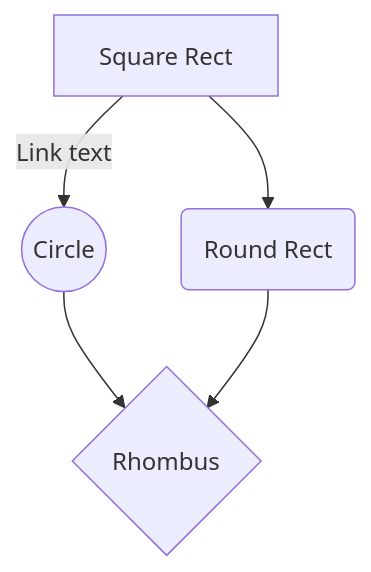
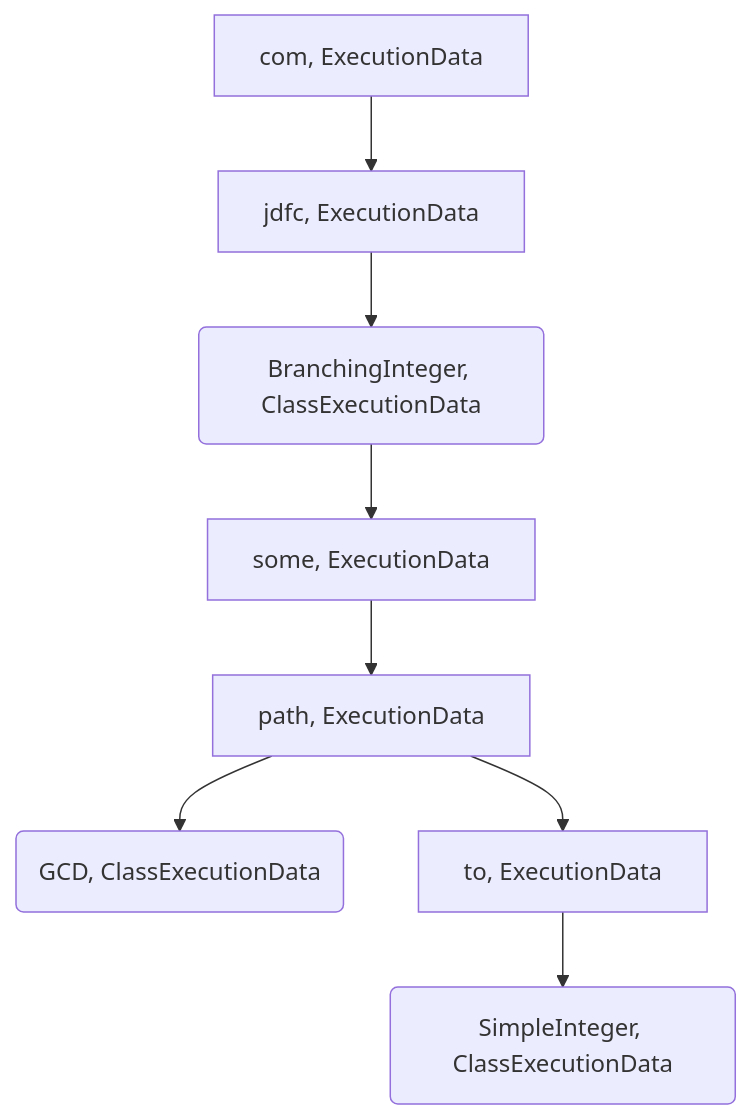
The diagram in README.md (blochmat/jdfc), drawn with Mermaid before and after one commit. The commit also changed other lines of this file, not shown here.

Commit message:
Readme test

````diff
--- a/README.md
+++ b/README.md
@@ -5,7 +13,10 @@
 ```mermaid
 graph TD
-A[Square Rect] -- Link text --> B((Circle))
-A --> C(Round Rect)
-B --> D{Rhombus}
-C --> D
+A["com", ExecutionData] --> B["jdfc", ExecutionData]
+B --> C("BranchingInteger", ClassExecutionData)
+C --> D["some", ExecutionData]
+D --> E["path", ExecutionData]
+E --> F("GCD", ClassExecutionData)
+E --> G["to", ExecutionData]
+G --> H("SimpleInteger", ClassExecutionData)
 ```
````
